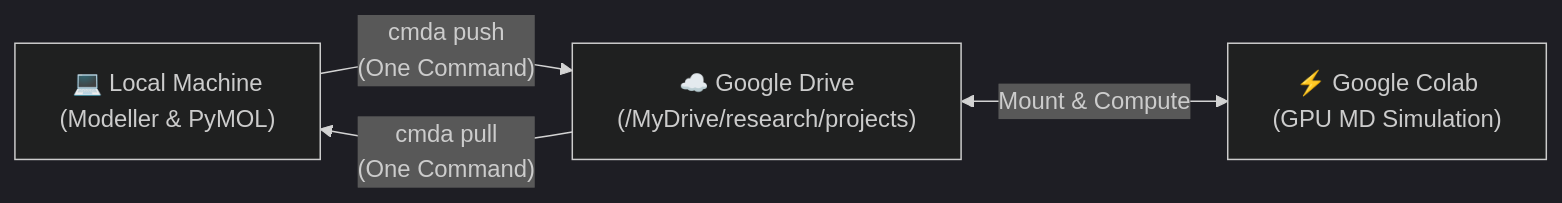
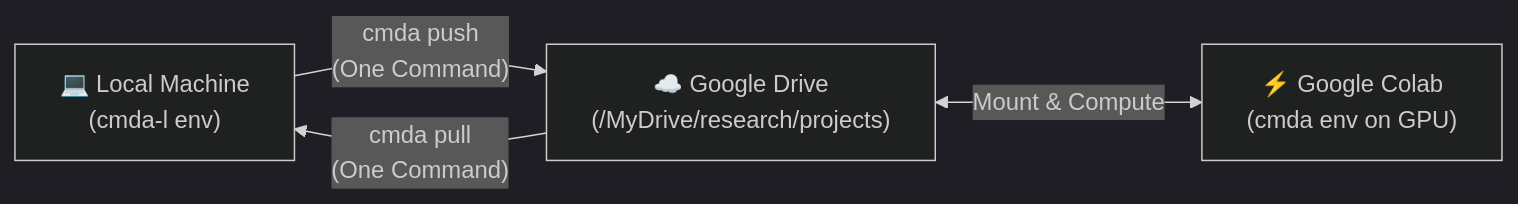
The first of 2 diagrams in README.md (paulshamrat/ColabMDA), drawn with Mermaid (dark theme) before and after one commit. The commit also changed other lines of this file and 3 other files, not shown here.

Commit message:
docs,refactor: clarify local setup timing, adopt cmda-l and cmda env names, and set cmda-example project name

````diff
--- a/README.md
+++ b/README.md
@@ -15,6 +15,6 @@
 ```mermaid
 flowchart LR
-    A["💻 Local Machine<br/>(Modeller & PyMOL)"] -->|"cmda push<br/>(One Command)"| B["☁️ Google Drive<br/>(/MyDrive/research/projects)"]
-    B <-->|"Mount & Compute"| C["⚡ Google Colab<br/>(GPU MD Simulation)"]
+    A["💻 Local Machine<br/>(cmda-l env)"] -->|"cmda push<br/>(One Command)"| B["☁️ Google Drive<br/>(/MyDrive/research/projects)"]
+    B <-->|"Mount & Compute"| C["⚡ Google Colab<br/>(cmda env on GPU)"]
     B -->|"cmda pull<br/>(One Command)"| A
 ```
````
